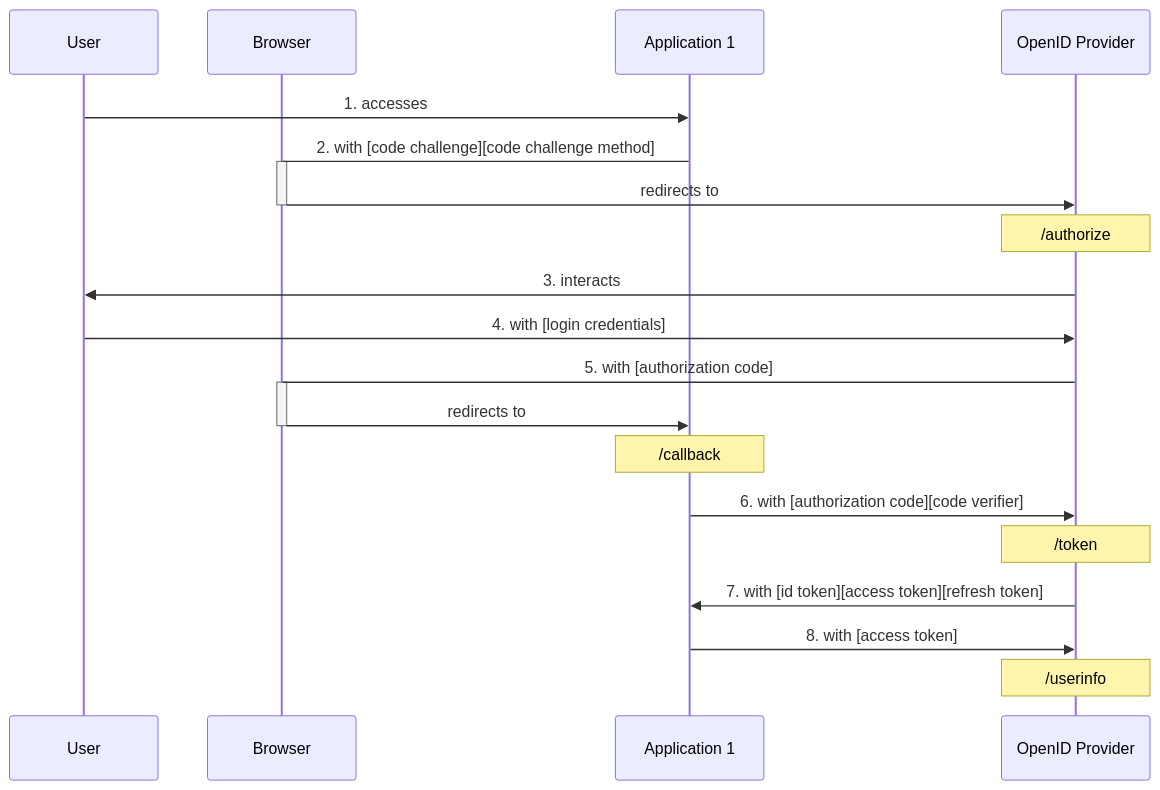
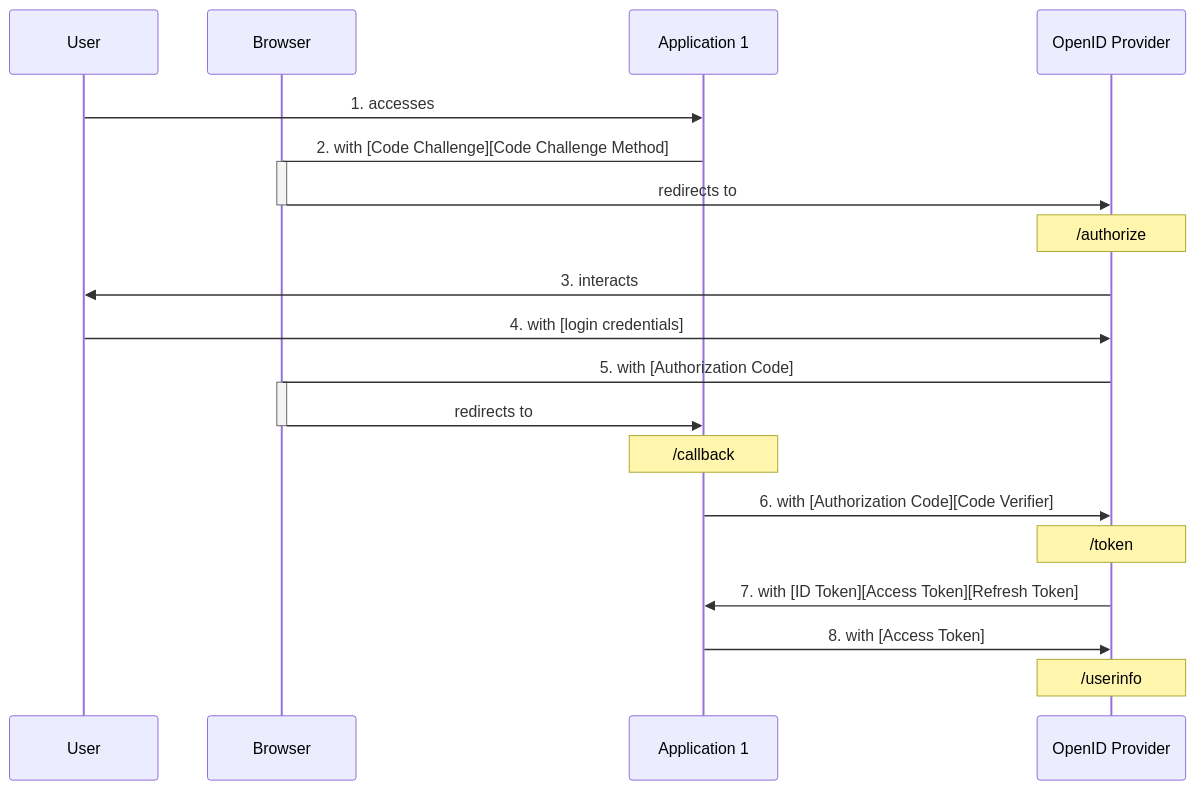
One commit to Octobug/blog changed the first of 3 diagrams in posts/sso-auth/README.md. Above: the diagram before and after it, drawn with Mermaid. The commit also changed other lines of this file, not shown here.

````diff
--- a/posts/sso-auth/README.md
+++ b/posts/sso-auth/README.md
@@ -55,33 +55,33 @@
 ```mermaid
 sequenceDiagram
   participant User
   participant Browser
   participant Application 1
   participant OpenID Provider
 
   User->>Application 1: 1. accesses
 
-  Application 1->Browser: 2. with [code challenge][code challenge method]
+  Application 1->Browser: 2. with [Code Challenge][Code Challenge Method]
   Activate Browser
   Browser->>OpenID Provider: redirects to
   Deactivate Browser
   Note over OpenID Provider: /authorize
 
   OpenID Provider->>User: 3. interacts
 
   User->>OpenID Provider: 4. with [login credentials]
 
-  OpenID Provider->Browser: 5. with [authorization code]
+  OpenID Provider->Browser: 5. with [Authorization Code]
   Activate Browser
   Browser->>Application 1: redirects to
   Deactivate Browser
   Note over Application 1: /callback
 
-  Application 1->>OpenID Provider: 6. with [authorization code][code verifier]
+  Application 1->>OpenID Provider: 6. with [Authorization Code][Code Verifier]
   Note over OpenID Provider: /token
 
-  OpenID Provider->>Application 1: 7. with [id token][access token][refresh token]
+  OpenID Provider->>Application 1: 7. with [ID Token][Access Token][Refresh Token]
 
-  Application 1->>OpenID Provider: 8. with [access token]
+  Application 1->>OpenID Provider: 8. with [Access Token]
   Note over OpenID Provider: /userinfo
 ```
````
